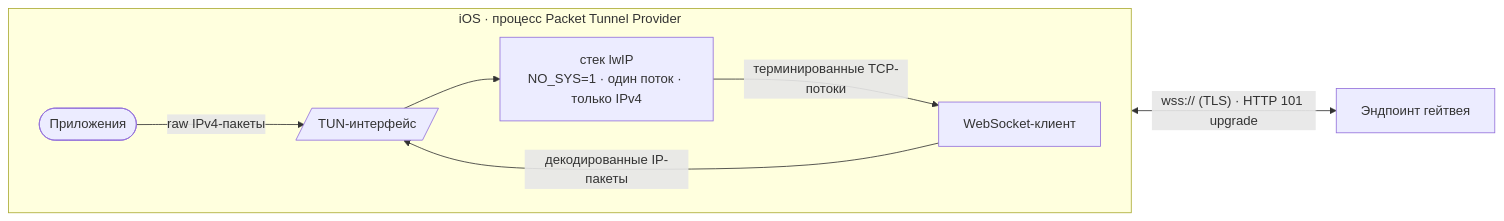
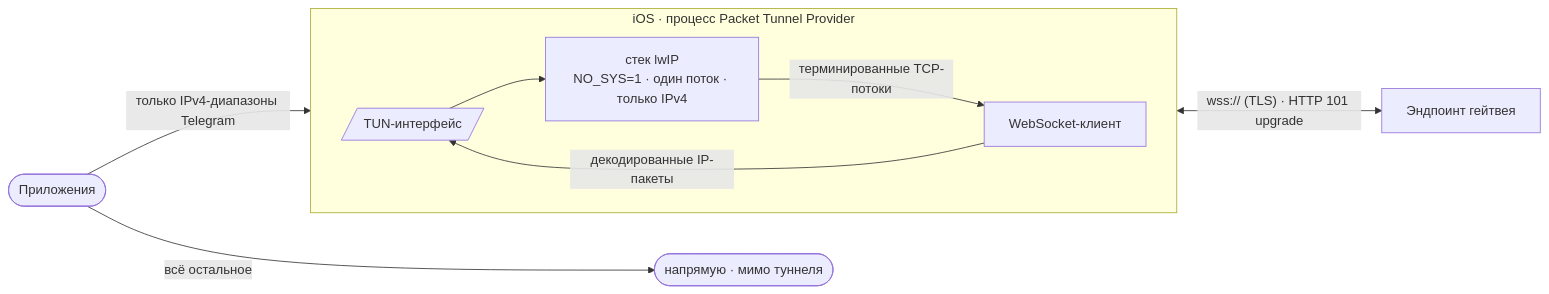
Before and after one commit to l1ratch/WSBridge-iOS: the first of 2 diagrams in README.ru.md, drawn with Mermaid. The commit also changed other lines of this file and 3 other files, not shown here.

````diff
--- a/README.ru.md
+++ b/README.ru.md
@@ -11,11 +12,12 @@
 ```mermaid
 flowchart LR
     subgraph DEV["iOS · процесс Packet Tunnel Provider"]
         direction LR
-        APP(["Приложения"]) -->|raw IPv4-пакеты| TUN[/"TUN-интерфейс"/]
-        TUN --> LW["стек lwIP<br/>NO_SYS=1 · один поток · только IPv4"]
+        TUN[/"TUN-интерфейс"/] --> LW["стек lwIP<br/>NO_SYS=1 · один поток · только IPv4"]
         LW -->|терминированные TCP-потоки| WS["WebSocket-клиент"]
         WS -->|декодированные IP-пакеты| TUN
     end
+    APP(["Приложения"]) -->|"только IPv4-диапазоны Telegram"| TUN
+    APP -->|"всё остальное"| DIR(["напрямую · мимо туннеля"])
     WS <-->|"wss:// (TLS) · HTTP 101 upgrade"| GW["Эндпоинт гейтвея"]
 ```
````
